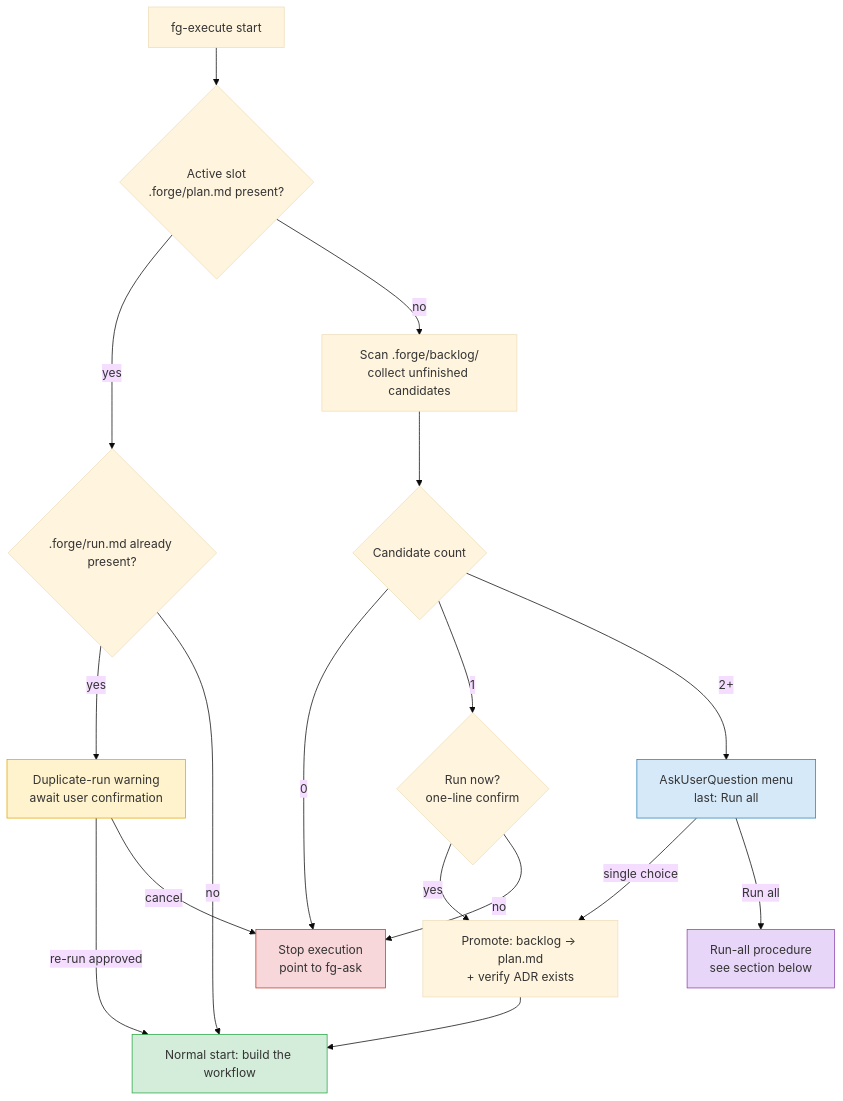
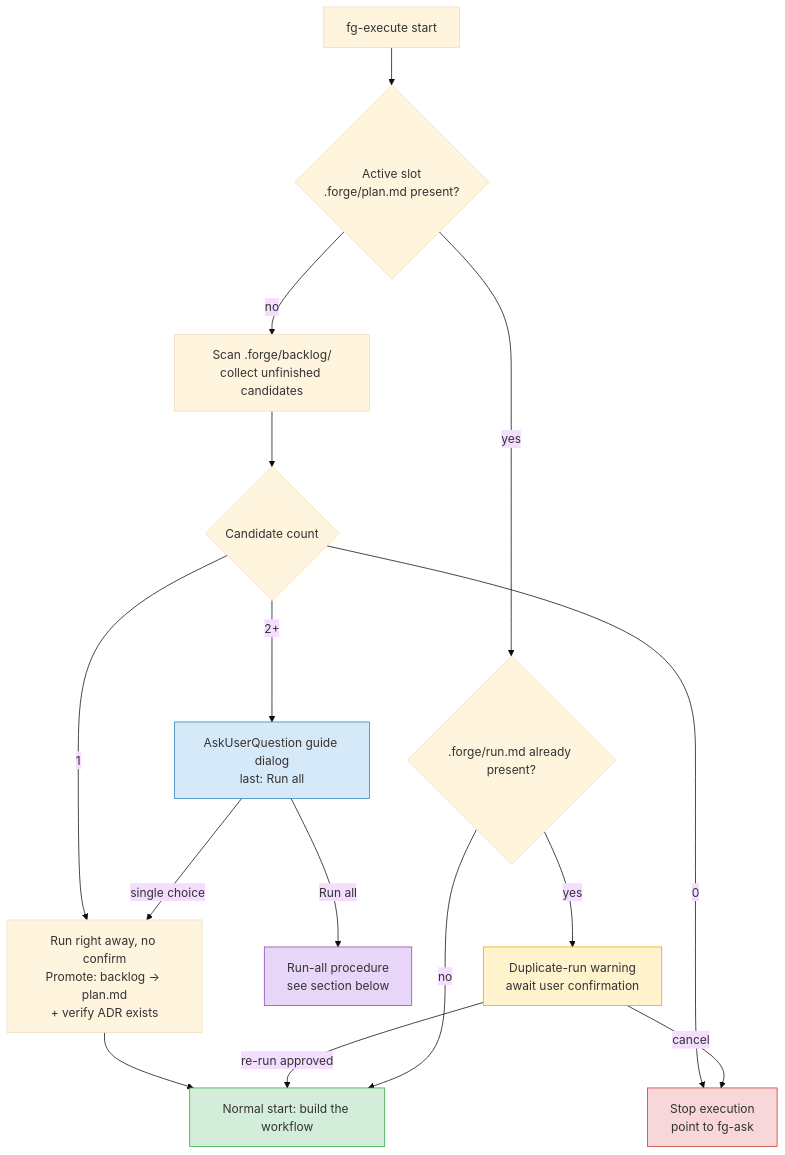
One commit to gyuha/forge changed the diagram in skills/fg-execute/SKILL.md. Above: the diagram before and after it, drawn with Mermaid (base theme). The commit also changed other lines of this file and 10 other files, not shown here.

````diff
--- a/skills/fg-execute/SKILL.md
+++ b/skills/fg-execute/SKILL.md
@@ -32,24 +32,23 @@
 ```mermaid
 flowchart TD
     A[fg-execute start] --> S{Active slot<br/>.forge/plan.md present?}
     S -- yes --> D{.forge/run.md already present?}
     S -- no --> BL[Scan .forge/backlog/<br/>collect unfinished candidates]
     BL --> N{Candidate count}
     N -- 0 --> C[Stop execution<br/>point to fg-ask]
-    N -- 1 --> Y{Run now?<br/>one-line confirm} -- yes --> P[Promote: backlog → plan.md<br/>+ verify ADR exists]
-    Y -- no --> C
-    N -- 2+ --> M[AskUserQuestion menu<br/>last: Run all]
+    N -- 1 --> P[Run right away, no confirm<br/>Promote: backlog → plan.md<br/>+ verify ADR exists]
+    N -- 2+ --> M[AskUserQuestion guide dialog<br/>last: Run all]
     M -- single choice --> P
     M -- Run all --> ALL[Run-all procedure<br/>see section below]
     P --> F
     D -- yes --> E[Duplicate-run warning<br/>await user confirmation]
     E -- re-run approved --> F
     E -- cancel --> C
     D -- no --> F[Normal start: build the workflow]
 
     style C fill:#f8d7da,stroke:#c0392b
     style E fill:#fff3cd,stroke:#e0a800
     style M fill:#d6e9f9,stroke:#2980b9
     style ALL fill:#e8d6f9,stroke:#8e44ad
     style F fill:#d4edda,stroke:#28a745
 ```
````
